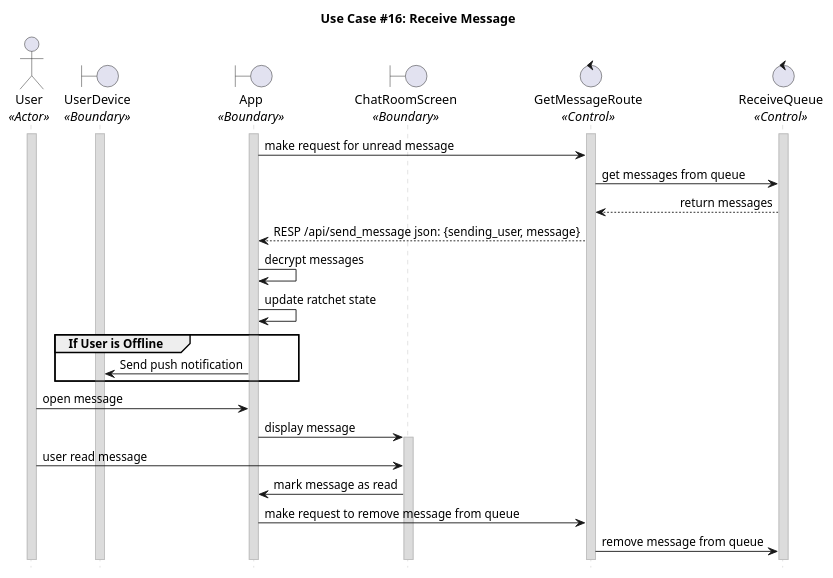
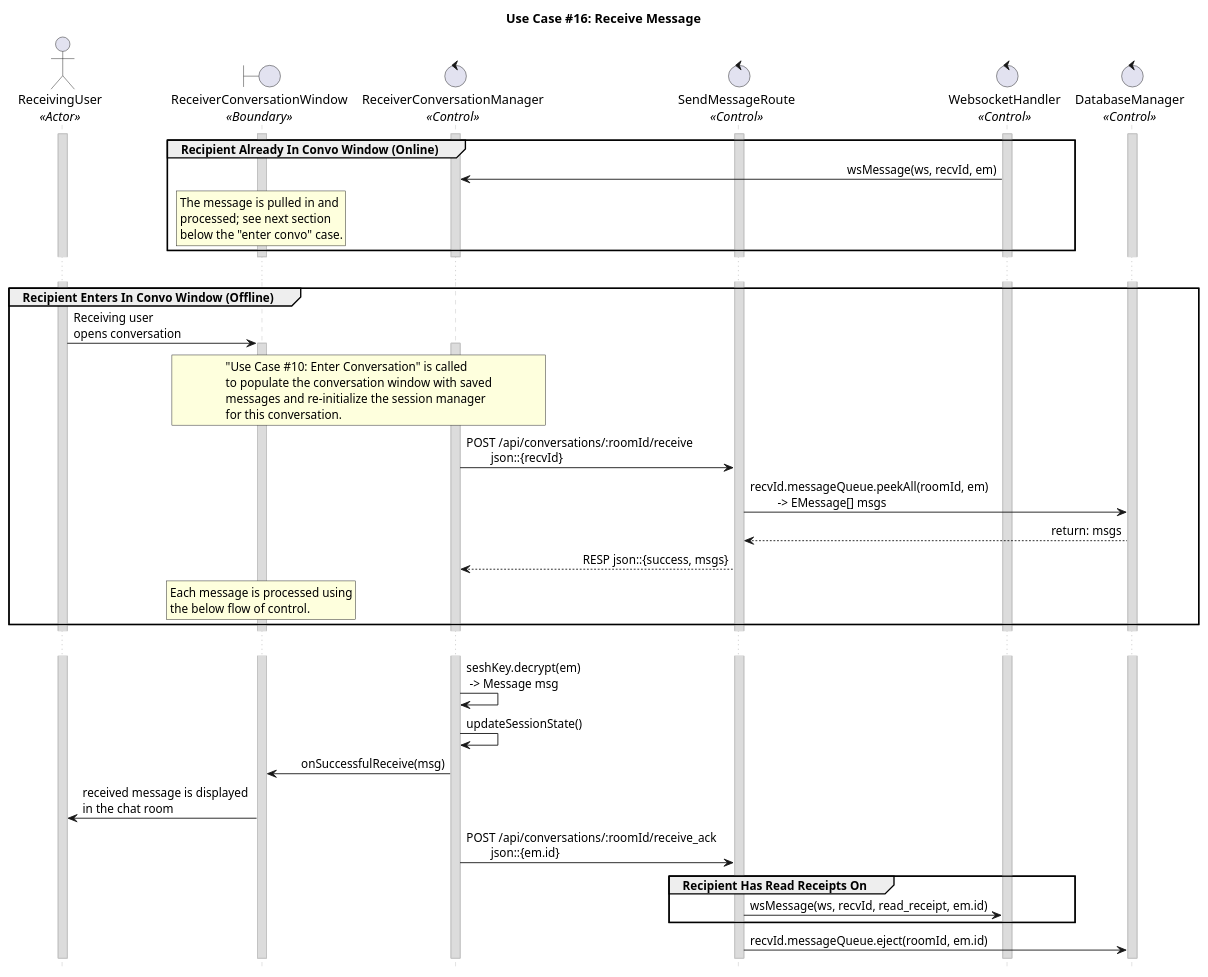
The diagram in uc_16.puml (CECS-491-SP24-Group-1/seq-diagrams), drawn with PlantUML before and after one commit. The commit also changed 1 other file, not shown here.

```diff
--- a/uc_16.puml
+++ b/uc_16.puml
@@ -1,55 +1,95 @@
 @startuml uc16
 title "Use Case #16: Receive Message"
 
 'Styling goes here
 hide footbox
 skinparam stereotypePosition bottom
 skinparam sequenceMessageAlign direction
 skinparam sequence {
 	LifeLineBorderColor #Silver
 	LifeLineBackgroundColor #Gainsboro
 }
 
 'Setup the objects involved here
-actor User as u <<Actor>>
-boundary UserDevice as ud <<Boundary>>
-boundary App as a <<Boundary>>
-boundary ChatRoomScreen as crs <<Boundary>>
-control GetMessageRoute as gmr <<Control>>
-control ReceiveQueue as rq <<Control>>
+actor ReceivingUser as u <<Actor>>
+boundary ReceiverConversationWindow as rcw <<Boundary>>
+control ReceiverConversationManager as rcm <<Control>>
+control SendMessageRoute as smr <<Control>>
+control WebsocketHandler as ws <<Control>>
+control DatabaseManager as db <<Control>>
+'boundary SenderDevice as sd <<Boundary>>
 
 'Setup persistent objects here
 activate u
-activate ud
-activate a
-activate gmr
-activate rq
+activate smr
+activate ws
+activate db
+'activate sd
 
 '--- FLOW OF CONTROL STARTS HERE ---
-a -> gmr: make request for unread message
-gmr -> rq: get messages from queue
-rq --> gmr: return messages
-gmr --> a: RESP /api/send_message json: {sending_user, message}
-a -> a: decrypt messages
-'not sure if this is correct:
-a -> a: update ratchet state 
+'Case 1: The recipient is online
+group Recipient Already In Convo Window (Online)
+	'If the receiving user is online, then messages are pulled in immediately.
+	activate rcm
+	activate rcw
+	ws -> rcm: wsMessage(ws, recvId, em)
+	rnote over rcw
+	The message is pulled in and
+	processed; see next section
+	below the "enter convo" case.
+	end note
+end
+deactivate rcw
+deactivate rcm
 
-group If User is Offline
-  a -> ud: Send push notification
+...
+
+'Case 2: The recipient is offline
+group Recipient Enters In Convo Window (Offline)
+	'The user enters the conversation.
+	u -> rcw: Receiving user \nopens conversation
+	activate rcw
+	rnote over rcm,rcw
+	"Use Case #10: Enter Conversation" is called
+	to populate the conversation window with saved
+	messages and re-initialize the session manager
+	for this conversation.
+	end note
+	activate rcm
+
+	'The recipient’s device makes a request for unread messages.
+	rcm -> smr: POST /api/conversations/:roomId/receive \n\tjson::{recvId}
+
+	'The server dequeues the unread messages from the receiver's queue and sends them down to the receiver in an array, from oldest to newest.
+	smr -> db: recvId.messageQueue.peekAll(roomId, em) \n\t -> EMessage[] msgs
+	db --> smr: return: msgs
+	smr --> rcm: RESP json::{success, msgs}
+
+	'The receiver's device begins processing each message
+	rnote over rcw
+	Each message is processed using
+	the below flow of control.
+	end note
 end
 
-u -> a: open message
-a -> crs: display message
-activate crs
-u -> crs: user read message
-crs -> a: mark message as read
-a -> gmr: make request to remove message from queue
-gmr -> rq: remove message from queue
+...
 
+'The recipient’s device decrypts the message and updates the ratchet state. 
+rcm -> rcm: seshKey.decrypt(em)\n -> Message msg
+rcm -> rcm: updateSessionState()
+rcm -> rcw: onSuccessfulReceive(msg)
 
+'The recipient reads the message that was sent to them.
+rcw -> u: received message is displayed \nin the chat room
 
+'The recipient’s device sends a read receipt to the server to be delivered to the sender, if enabled
+rcm -> smr: POST /api/conversations/:roomId/receive_ack \n\tjson::{em.id}
+group Recipient Has Read Receipts On
+	smr -> ws: wsMessage(ws, recvId, read_receipt, em.id)
+end
 
-
+'The server removes the message from the queue and securely erases it.
+smr -> db: recvId.messageQueue.eject(roomId, em.id)
 '--- FLOW OF CONTROL ENDS HERE   ---
 
 @enduml
```
